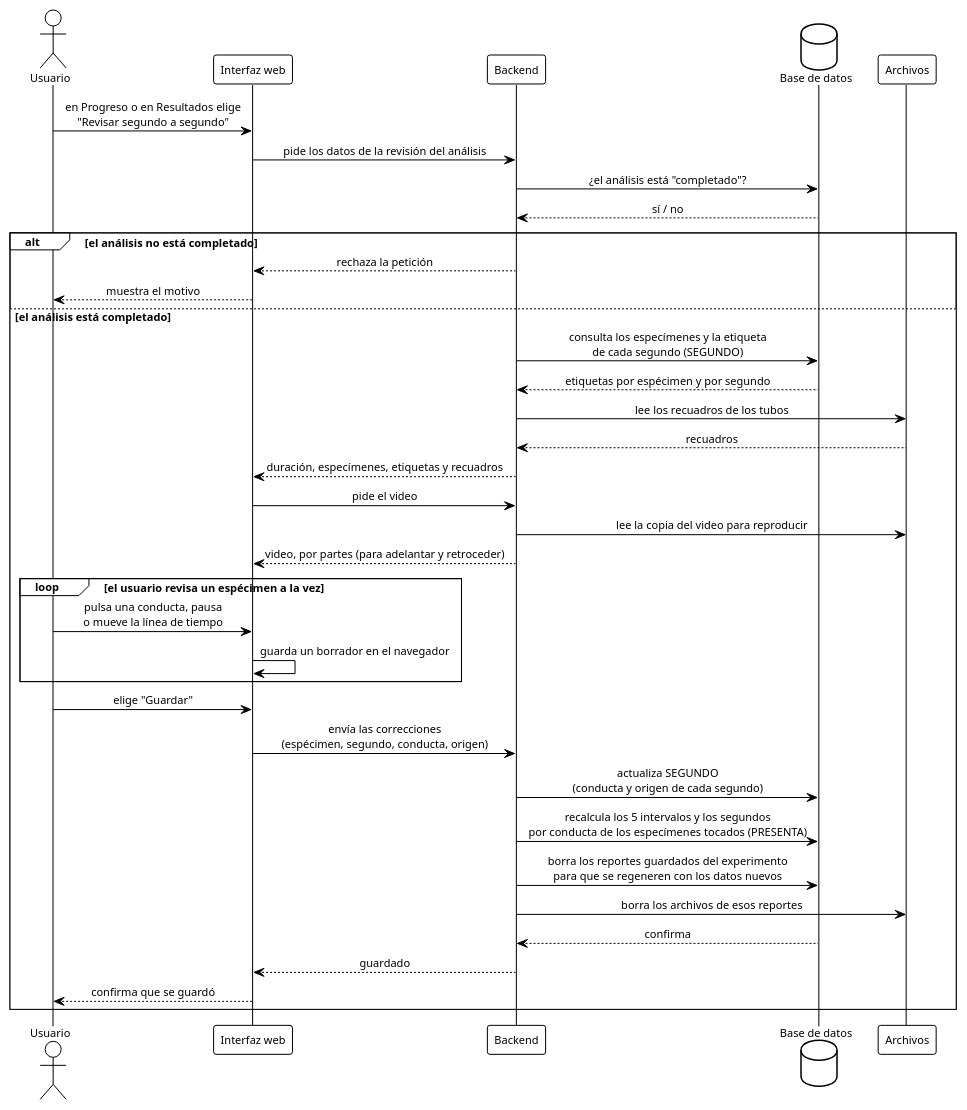
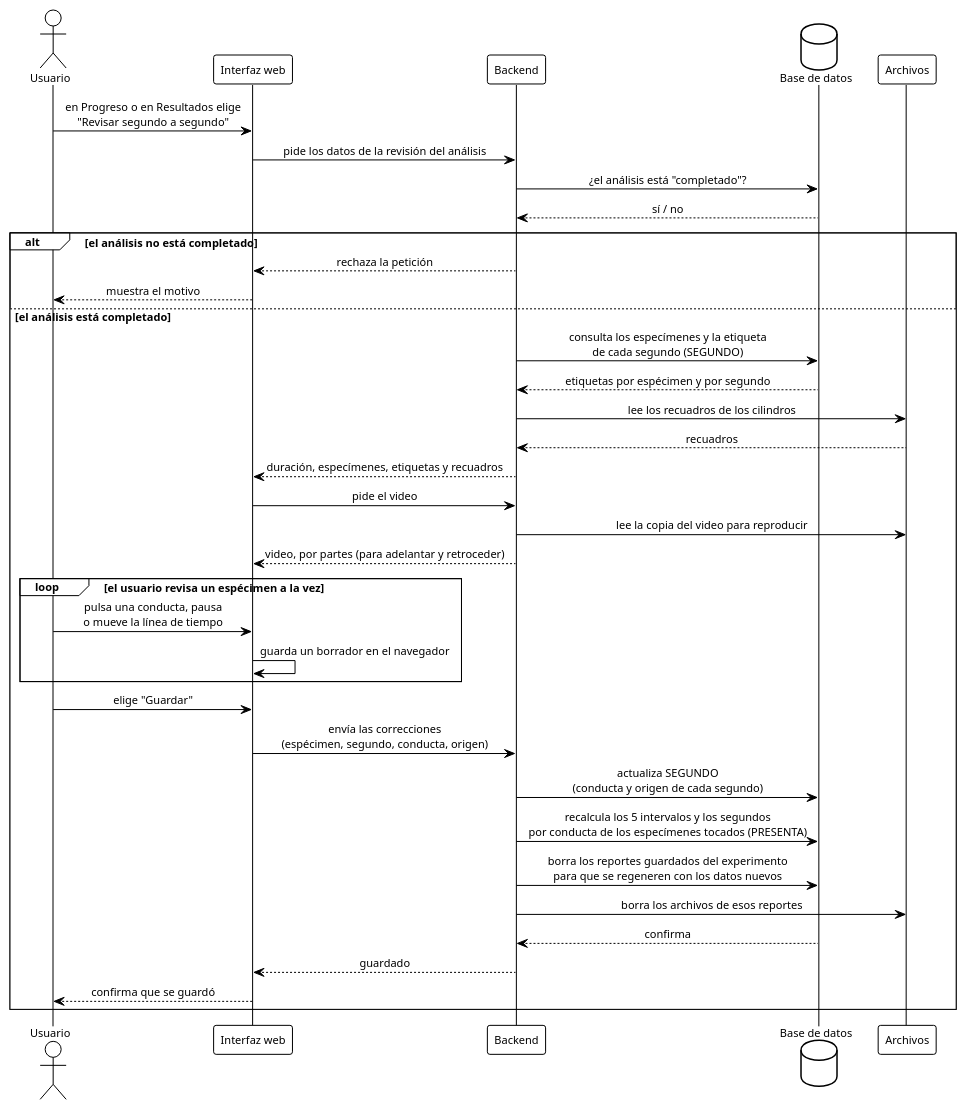
The diagram in diagramas/seq_revision_segundos.puml (ErickJester/fst-ai-system-latex), drawn with PlantUML before and after one commit. The commit also changed 25 other files, not shown here.

```diff
--- a/diagramas/seq_revision_segundos.puml
+++ b/diagramas/seq_revision_segundos.puml
@@ -1,65 +1,65 @@
 @startuml seq_revision_segundos
 ' ================================================================
 '  Secuencia - Revision segundo a segundo
 '  Base de datos FST | TT 2026-B066 | ESCOM-IPN
 '  Frausto Robles Angel Ali . Rodriguez Verdin Sandoval Vanesa
 ' ----------------------------------------------------------------
 '  Cubre la pantalla de revision que el usuario abre cuando el
 '  analisis termina (D-34, 3-oct). El usuario ve el video con una
 '  linea de tiempo por especimen, coloreada por conducta, y corrige
 '  la etiqueta de cada segundo. Las correcciones se guardan en
 '  SEGUNDO (D-35) y los totales por minuto (PRESENTA) se recalculan.
 '
 '  Quien puede corregir queda pendiente (PREGUNTAS.md).
 '
 '  Generar:
 '      java -jar plantuml.jar -tpng diagramas/seq_revision_segundos.puml
 ' ================================================================
 
 !theme plain
 skinparam defaultFontName Arial
 skinparam defaultFontSize 11
 skinparam shadowing false
 skinparam sequenceMessageAlign center
 skinparam BoxPadding 10
 
 actor Usuario as u
 participant "Interfaz web" as ui
 participant Backend as api
 database "Base de datos" as db
 participant "Archivos" as fs
 
 u -> ui: en Progreso o en Resultados elige\n"Revisar segundo a segundo"
 ui -> api: pide los datos de la revisión del análisis
 api -> db: ¿el análisis está "completado"?
 db --> api: sí / no
 
 alt el análisis no está completado
   api --> ui: rechaza la petición
   ui --> u: muestra el motivo
 else el análisis está completado
   api -> db: consulta los especímenes y la etiqueta\nde cada segundo (SEGUNDO)
   db --> api: etiquetas por espécimen y por segundo
-  api -> fs: lee los recuadros de los tubos
+  api -> fs: lee los recuadros de los cilindros
   fs --> api: recuadros
   api --> ui: duración, especímenes, etiquetas y recuadros
   ui -> api: pide el video
   api -> fs: lee la copia del video para reproducir
   api --> ui: video, por partes (para adelantar y retroceder)
 
   loop el usuario revisa un espécimen a la vez
     u -> ui: pulsa una conducta, pausa\no mueve la línea de tiempo
     ui -> ui: guarda un borrador en el navegador
   end
 
   u -> ui: elige "Guardar"
   ui -> api: envía las correcciones\n(espécimen, segundo, conducta, origen)
   api -> db: actualiza SEGUNDO\n(conducta y origen de cada segundo)
   api -> db: recalcula los 5 intervalos y los segundos\npor conducta de los especímenes tocados (PRESENTA)
   api -> db: borra los reportes guardados del experimento\npara que se regeneren con los datos nuevos
   api -> fs: borra los archivos de esos reportes
   db --> api: confirma
   api --> ui: guardado
   ui --> u: confirma que se guardó
 end
 @enduml
```
